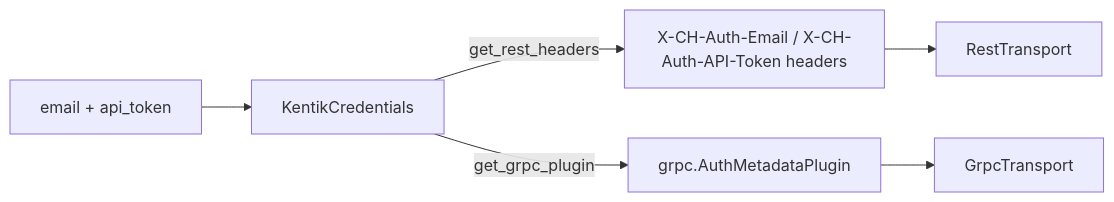
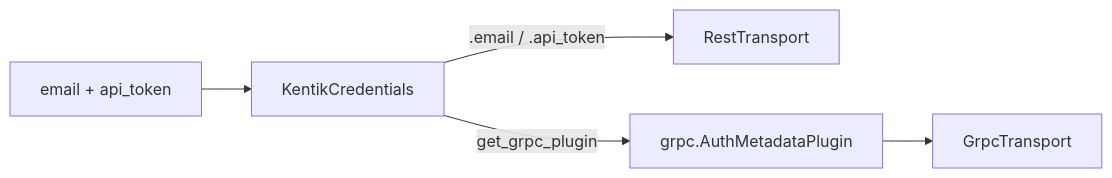
The diagram in src/kentik_api/auth/README.md (alexdearaujo/community_sdk_python), drawn with Mermaid before and after one commit. The commit also changed other lines of this file and 19 other files, not shown here.

````diff
--- a/src/kentik_api/auth/README.md
+++ b/src/kentik_api/auth/README.md
@@ -28,9 +28,8 @@
 ```mermaid
 flowchart LR
     In["email + api_token"] --> KC[KentikCredentials]
-    KC -->|get_rest_headers| H["X-CH-Auth-Email / X-CH-Auth-API-Token headers"]
+    KC -->|.email / .api_token| RT[RestTransport]
     KC -->|get_grpc_plugin| P["grpc.AuthMetadataPlugin"]
-    H --> RT[RestTransport]
     P --> GT[GrpcTransport]
 
 ```
````
